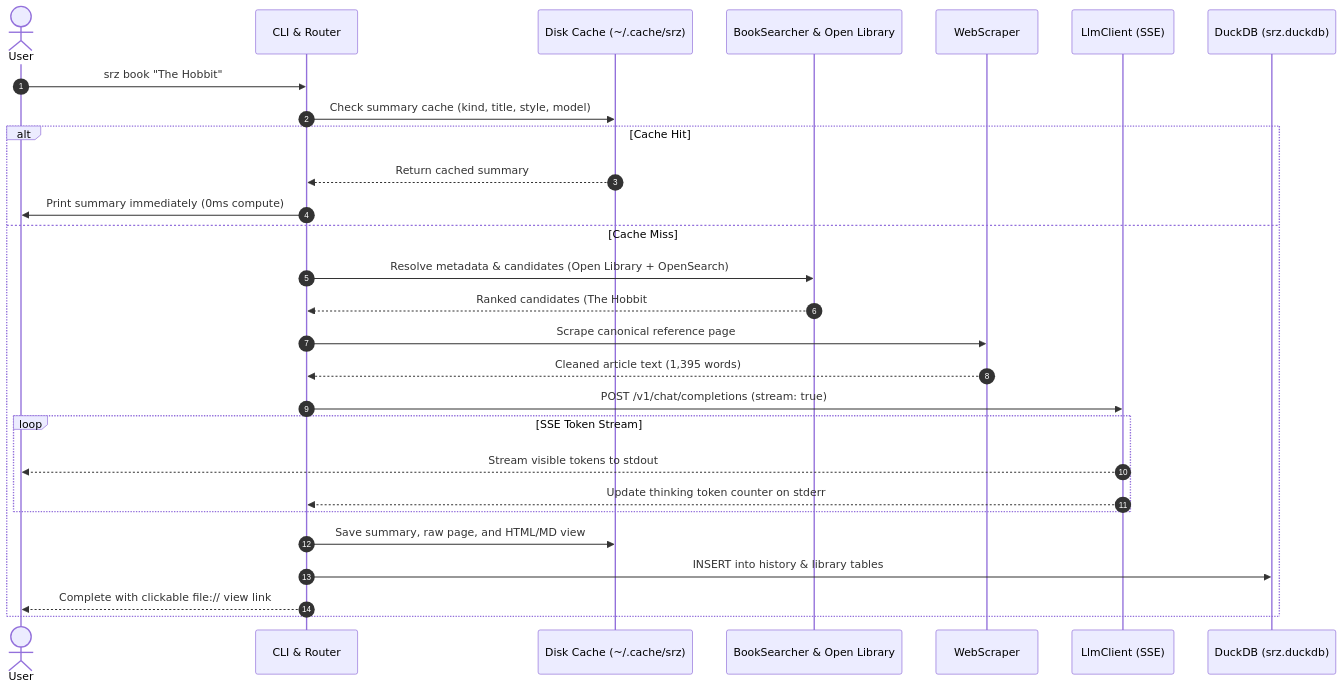
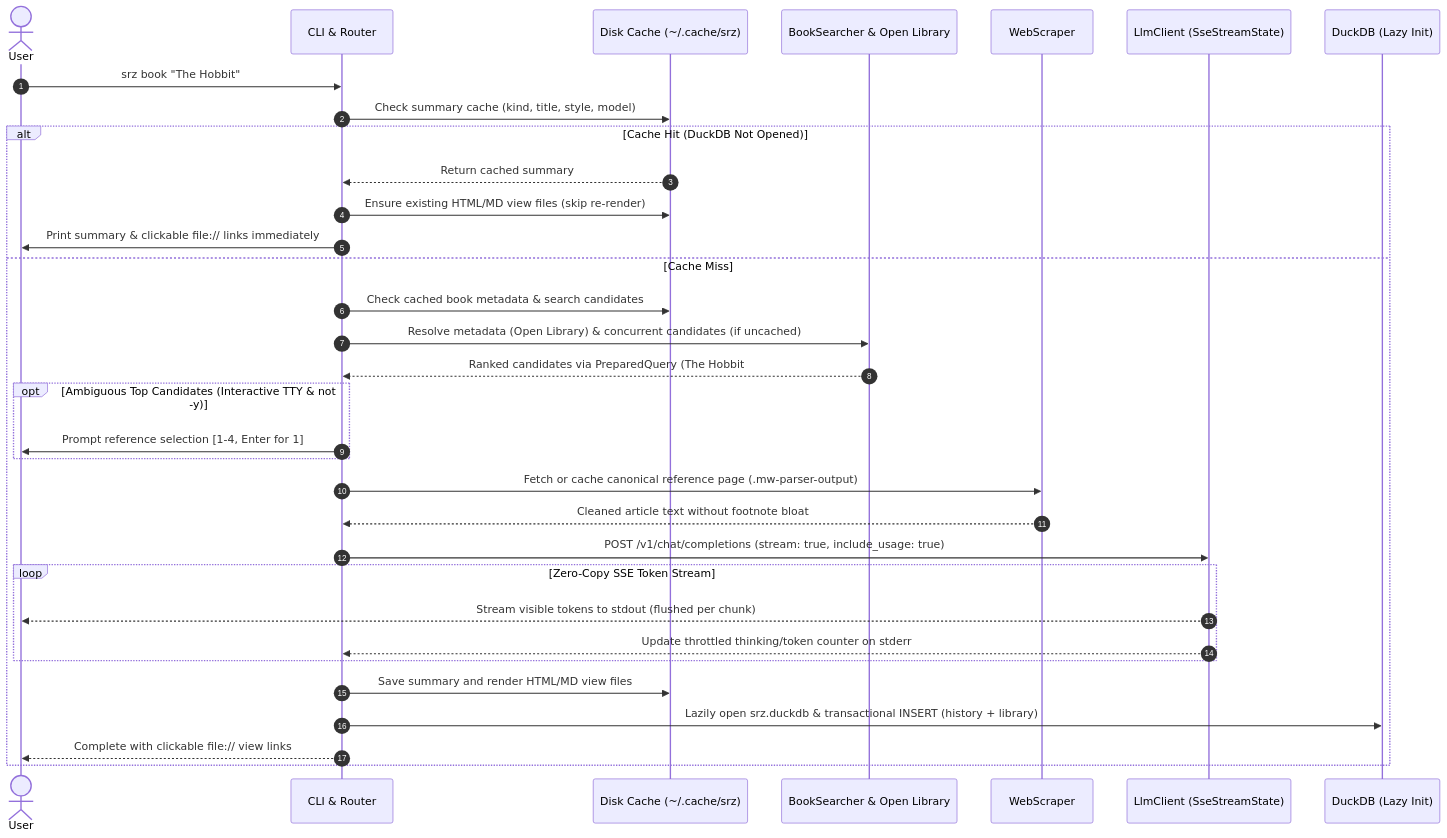
The second of 3 diagrams in OVERVIEW.md (NewGuy012/srz), drawn with Mermaid before and after one commit. The commit also changed other lines of this file and 1 other file, not shown here.

Commit message:
Update OVERVIEW.md and README.md to reflect latest architecture and optimizations

````diff
--- a/OVERVIEW.md
+++ b/OVERVIEW.md
@@ -51,31 +51,36 @@
 ```mermaid
 sequenceDiagram
     autonumber
     actor User
     participant CLI as CLI & Router
     participant Cache as Disk Cache (~/.cache/srz)
     participant Search as BookSearcher & Open Library
     participant Scraper as WebScraper
-    participant LLM as LlmClient (SSE)
-    participant DB as DuckDB (srz.duckdb)
+    participant LLM as LlmClient (SseStreamState)
+    participant DB as DuckDB (Lazy Init)
 
     User->>CLI: srz book "The Hobbit"
     CLI->>Cache: Check summary cache (kind, title, style, model)
-    alt Cache Hit
+    alt Cache Hit (DuckDB Not Opened)
         Cache-->>CLI: Return cached summary
-        CLI->>User: Print summary immediately (0ms compute)
+        CLI->>Cache: Ensure existing HTML/MD view files (skip re-render)
+        CLI->>User: Print summary & clickable file:// links immediately
     else Cache Miss
-        CLI->>Search: Resolve metadata & candidates (Open Library + OpenSearch)
-        Search-->>CLI: Ranked candidates (The Hobbit #1, Score: 115)
-        CLI->>Scraper: Scrape canonical reference page
-        Scraper-->>CLI: Cleaned article text (1,395 words)
-        CLI->>LLM: POST /v1/chat/completions (stream: true)
-        loop SSE Token Stream
-            LLM-->>User: Stream visible tokens to stdout
-            LLM-->>CLI: Update thinking token counter on stderr
+        CLI->>Cache: Check cached book metadata & search candidates
+        CLI->>Search: Resolve metadata (Open Library) & concurrent candidates (if uncached)
+        Search-->>CLI: Ranked candidates via PreparedQuery (The Hobbit #1, Score: 115)
+        opt Ambiguous Top Candidates (Interactive TTY & not -y)
+            CLI->>User: Prompt reference selection [1-4, Enter for 1]
         end
-        CLI->>Cache: Save summary, raw page, and HTML/MD view
-        CLI->>DB: INSERT into history & library tables
-        CLI-->>User: Complete with clickable file:// view link
+        CLI->>Scraper: Fetch or cache canonical reference page (.mw-parser-output)
+        Scraper-->>CLI: Cleaned article text without footnote bloat
+        CLI->>LLM: POST /v1/chat/completions (stream: true, include_usage: true)
+        loop Zero-Copy SSE Token Stream
+            LLM-->>User: Stream visible tokens to stdout (flushed per chunk)
+            LLM-->>CLI: Update throttled thinking/token counter on stderr
+        end
+        CLI->>Cache: Save summary and render HTML/MD view files
+        CLI->>DB: Lazily open srz.duckdb & transactional INSERT (history + library)
+        CLI-->>User: Complete with clickable file:// view links
     end
 ```
````
